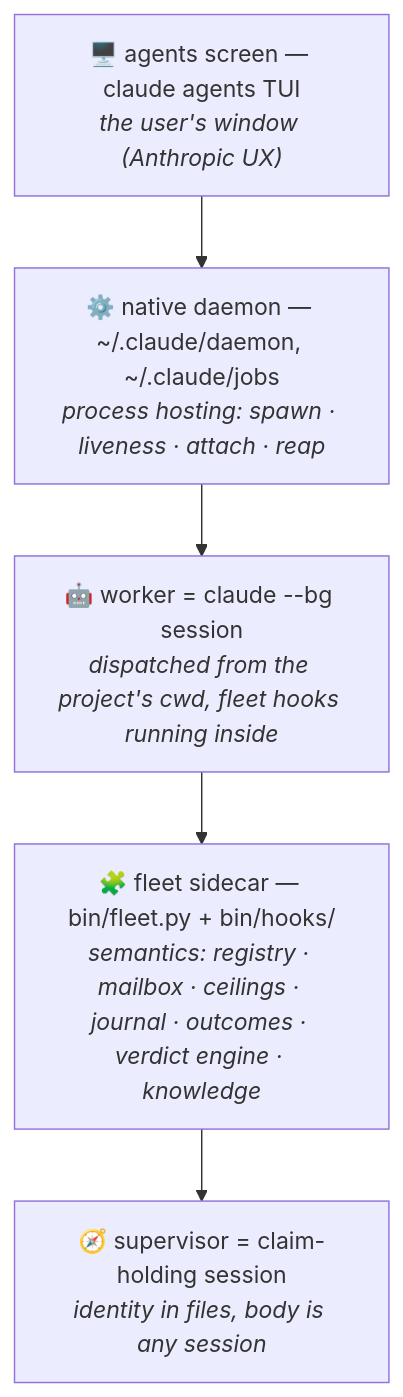
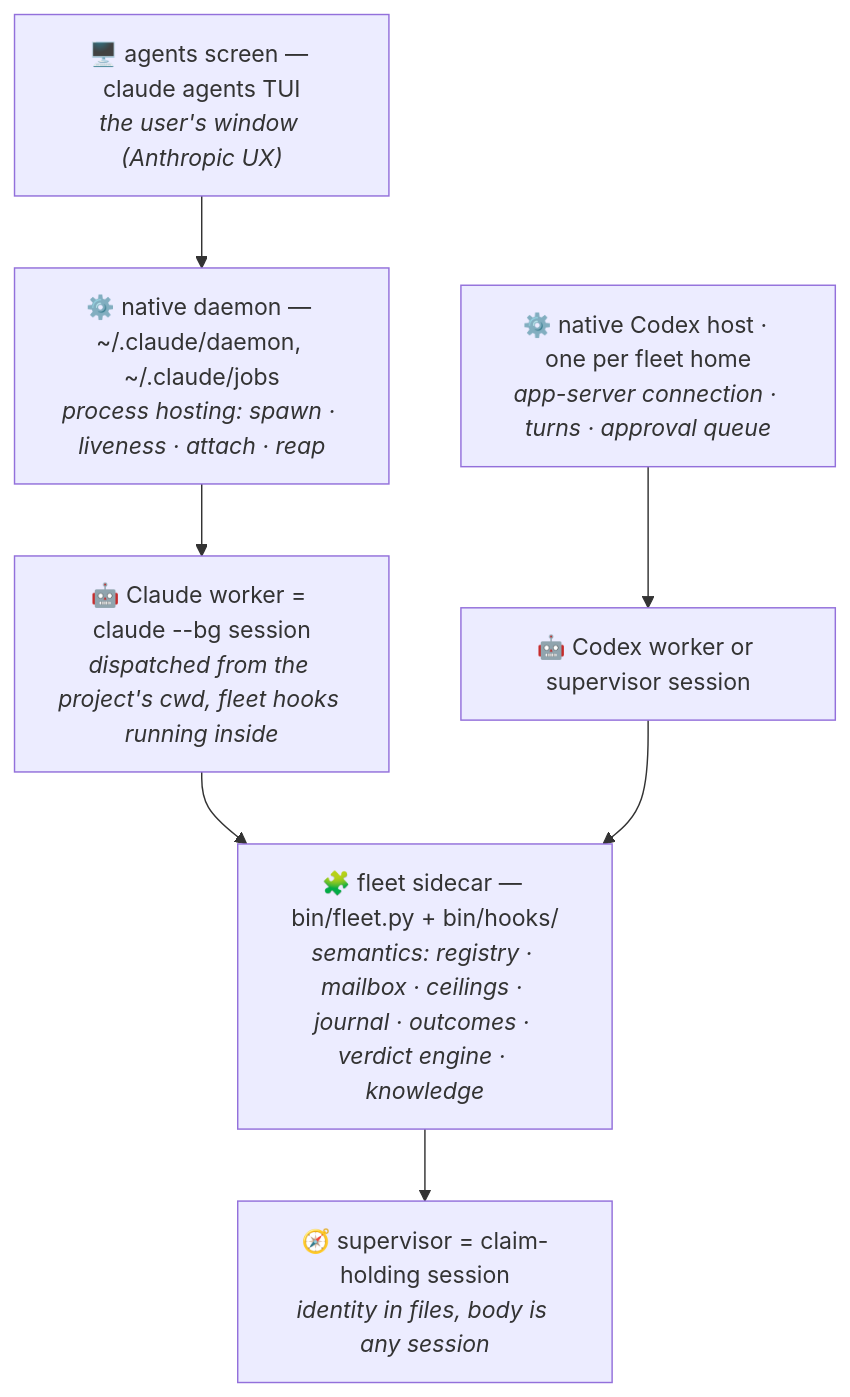
Before and after one commit to exPardus/fleet: the second of 5 diagrams in docs/concepts.md, drawn with Mermaid. The commit also changed other lines of this file and 8 other files, not shown here.

````diff
--- a/docs/concepts.md
+++ b/docs/concepts.md
@@ -69,9 +81,12 @@
 ```mermaid
 flowchart TD
     A["🖥️ agents screen — claude agents TUI<br/><i>the user's window (Anthropic UX)</i>"]
     B["⚙️ native daemon — ~/.claude/daemon, ~/.claude/jobs<br/><i>process hosting: spawn · liveness · attach · reap</i>"]
-    C["🤖 worker = claude --bg session<br/><i>dispatched from the project's cwd, fleet hooks running inside</i>"]
+    C["🤖 Claude worker = claude --bg session<br/><i>dispatched from the project's cwd, fleet hooks running inside</i>"]
+    X["⚙️ native Codex host · one per fleet home<br/><i>app-server connection · turns · approval queue</i>"]
+    Y["🤖 Codex worker or supervisor session"]
     D["🧩 fleet sidecar — bin/fleet.py + bin/hooks/<br/><i>semantics: registry · mailbox · ceilings · journal · outcomes · verdict engine · knowledge</i>"]
     E["🧭 supervisor = claim-holding session<br/><i>identity in files, body is any session</i>"]
     A --> B --> C --> D --> E
+    X --> Y --> D
 ```
````
